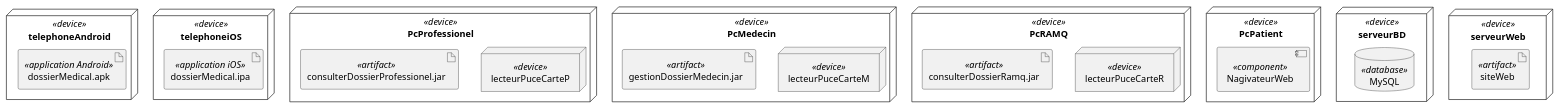
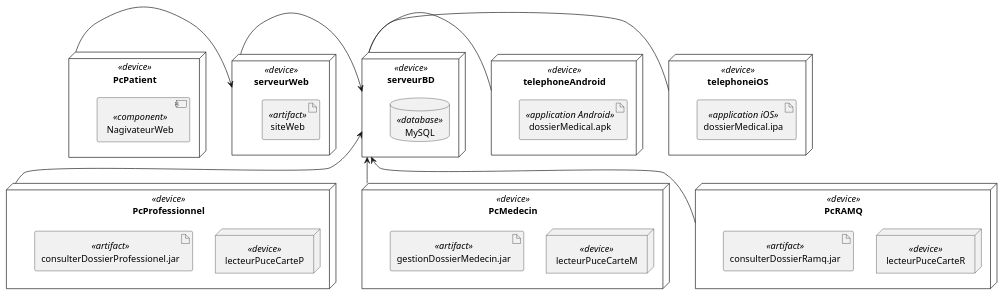
Before and after one commit to fethiuqam/INF5153-Projet-Session: the diagram in models/Diagramme_Deploiement_Systeme/system_deployment_diagram.puml, drawn with PlantUML.

Commit message:
ajustement diagramme deploiement systeme

```diff
--- a/models/Diagramme_Deploiement_Systeme/system_deployment_diagram.puml
+++ b/models/Diagramme_Deploiement_Systeme/system_deployment_diagram.puml
@@ -1,42 +1,55 @@
 @startuml
 node telephoneAndroid <<device>> {
  artifact dossierMedical.apk <<application Android>>
 }
 
 node telephoneiOS <<device>> {
  artifact dossierMedical.ipa <<application iOS>>
 }
 
-node PcProfessionel <<device>> {
+node PcProfessionnel <<device>> {
  node lecteurPuceCarteP <<device>>
  artifact consulterDossierProfessionel.jar <<artifact>>
 
 }
 
 node PcMedecin <<device>> {
  node lecteurPuceCarteM <<device>>
  artifact gestionDossierMedecin.jar <<artifact>>
 
 }
 
 node PcRAMQ <<device>> {
  node lecteurPuceCarteR <<device>>
  artifact consulterDossierRamq.jar <<artifact>>
 
 }
 
 node PcPatient <<device>> {
     component NagivateurWeb <<component>>
 }
 
 
 node serveurBD <<device>> {
  database MySQL <<database>>
 }
 
 node serveurWeb <<device>> {
  artifact siteWeb <<artifact>>
 }
 
 
+PcPatient -r-> serveurWeb
+serveurWeb -> serveurBD
+
+telephoneAndroid -l- serveurBD
+telephoneiOS -l- serveurBD
+
+PcProfessionnel -u-> serveurBD
+PcMedecin -u-> serveurBD
+PcRAMQ -u-> serveurBD
+
+
+
+
 @enduml
```
